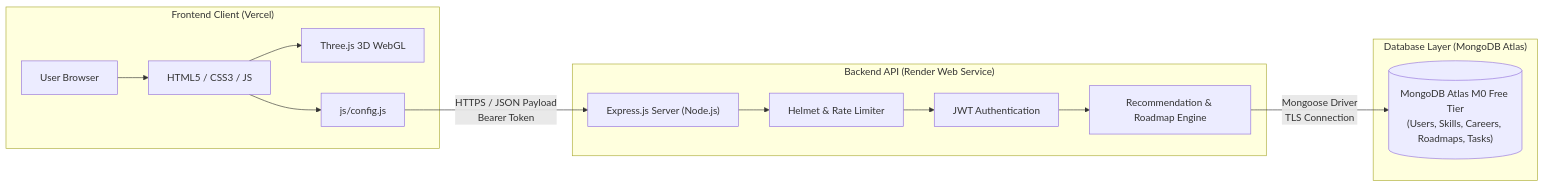
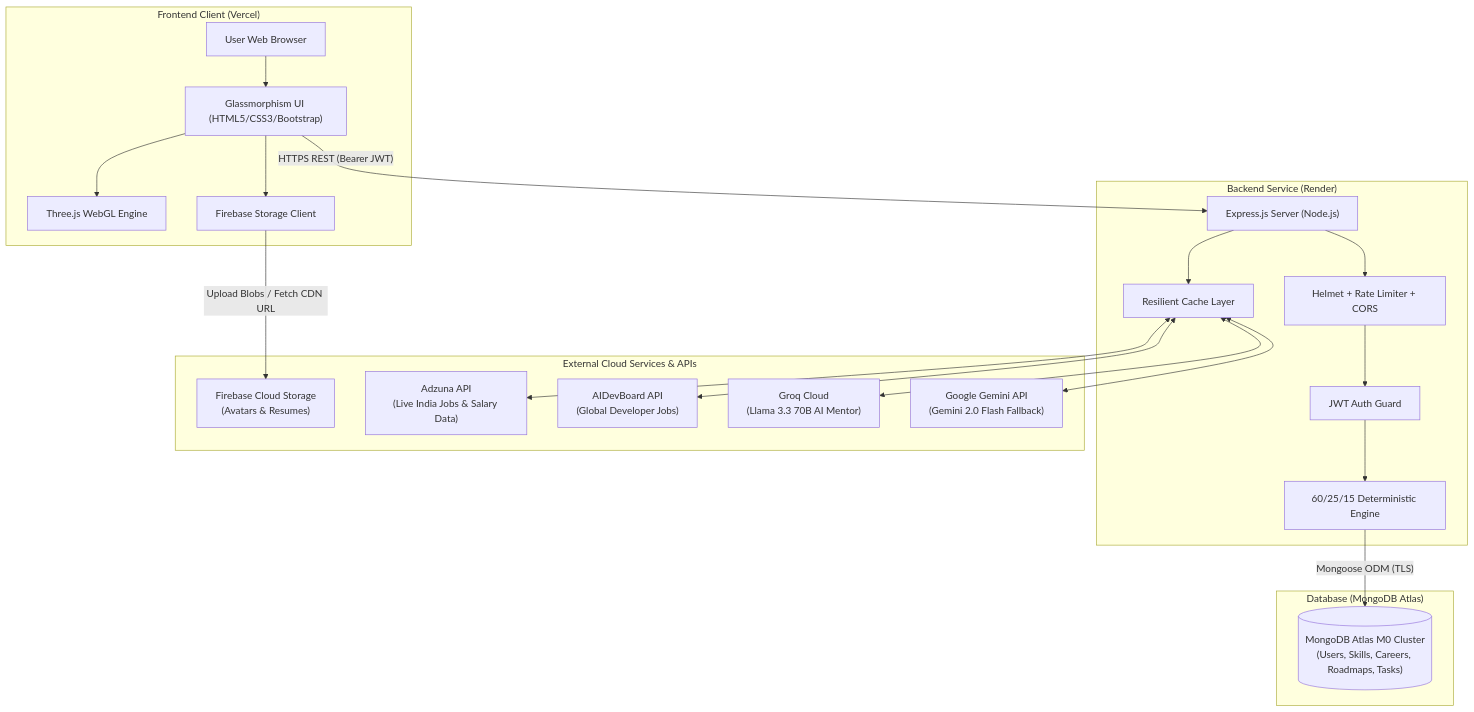
The diagram in README.md (parthpatil1234p-svg/careerpath-ai), drawn with Mermaid before and after one commit. The commit also changed other lines of this file, not shown here.

Commit message:
docs: sync architecture and API ecosystem documentation

````diff
--- a/README.md
+++ b/README.md
@@ -99,29 +126,44 @@
 ```mermaid
-flowchart LR
+flowchart TD
     subgraph Client ["Frontend Client (Vercel)"]
-        Browser["User Browser"]
-        HTML["HTML5 / CSS3 / JS"]
-        ThreeJS["Three.js 3D WebGL"]
-        Config["js/config.js"]
-        Browser --> HTML
-        HTML --> ThreeJS
-        HTML --> Config
+        Browser["User Web Browser"]
+        UI["Glassmorphism UI (HTML5/CSS3/Bootstrap)"]
+        ThreeJS["Three.js WebGL Engine"]
+        FirebaseSDK["Firebase Storage Client"]
+        Browser --> UI
+        UI --> ThreeJS
+        UI --> FirebaseSDK
     end
 
-    subgraph Backend ["Backend API (Render Web Service)"]
-        Server["Express.js Server (Node.js)"]
-        Security["Helmet & Rate Limiter"]
-        Auth["JWT Authentication"]
-        Engine["Recommendation & Roadmap Engine"]
-        Server --> Security
+    subgraph Backend ["Backend Service (Render)"]
+        Express["Express.js Server (Node.js)"]
+        Security["Helmet + Rate Limiter + CORS"]
+        Auth["JWT Auth Guard"]
+        Scoring["60/25/15 Deterministic Engine"]
+        Failover["Resilient Cache Layer"]
+        Express --> Security
         Security --> Auth
-        Auth --> Engine
+        Auth --> Scoring
+        Express --> Failover
     end
 
-    subgraph Database ["Database Layer (MongoDB Atlas)"]
-        Cluster[("MongoDB Atlas M0 Free Tier\n(Users, Skills, Careers, Roadmaps, Tasks)")]
+    subgraph Database ["Database (MongoDB Atlas)"]
+        DB[("MongoDB Atlas M0 Cluster\n(Users, Skills, Careers, Roadmaps, Tasks)")]
     end
 
-    Config -- "HTTPS / JSON Payload\nBearer Token" --> Server
-    Engine -- "Mongoose Driver\nTLS Connection" --> Cluster
+    subgraph CloudAPIs ["External Cloud Services & APIs"]
+        FirebaseCloud["Firebase Cloud Storage\n(Avatars & Resumes)"]
+        Adzuna["Adzuna API\n(Live India Jobs & Salary Data)"]
+        AIDev["AIDevBoard API\n(Global Developer Jobs)"]
+        Groq["Groq Cloud\n(Llama 3.3 70B AI Mentor)"]
+        Gemini["Google Gemini API\n(Gemini 2.0 Flash Fallback)"]
+    end
+
+    UI -- "HTTPS REST (Bearer JWT)" --> Express
+    FirebaseSDK -- "Upload Blobs / Fetch CDN URL" --> FirebaseCloud
+    Scoring -- "Mongoose ODM (TLS)" --> DB
+    Failover <--> Adzuna
+    Failover <--> AIDev
+    Failover <--> Groq
+    Failover <--> Gemini
 ```
````
